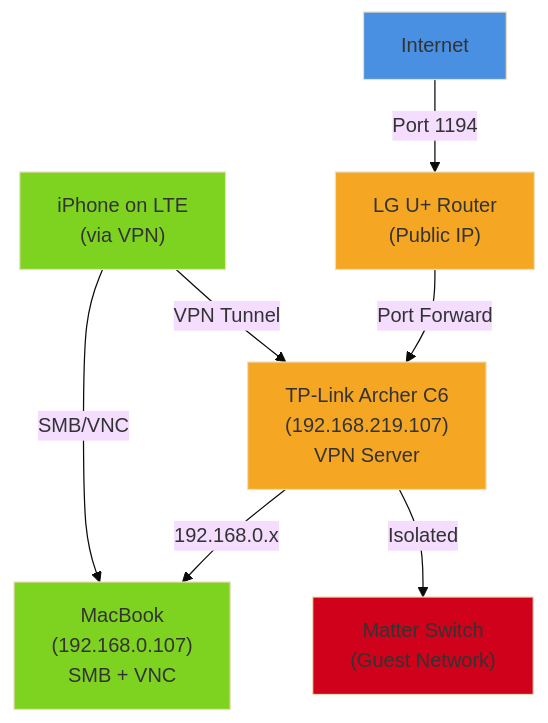
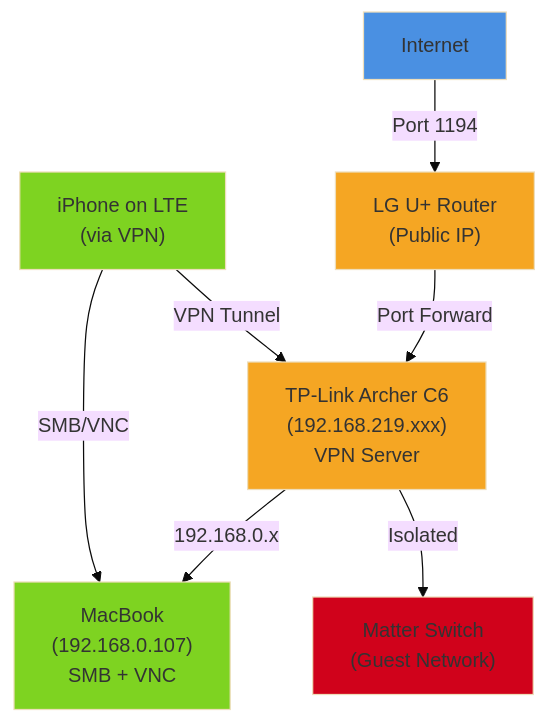
Before and after one commit to samcho0608/samcho0608.github.io: the diagram in content/tech/router-vpn-03.md, drawn with Mermaid (base theme). The commit also changed other lines of this file, not shown here.

First line of the commit message:
content: revise router-vpn-03 EN to reflect actual experience

````diff
--- a/content/tech/router-vpn-03.md
+++ b/content/tech/router-vpn-03.md
@@ -152,23 +156,23 @@
 ```mermaid
 graph TB
     A["Internet"]
     B["LG U+ Router<br/>(Public IP)"]
-    C["TP-Link Archer C6<br/>(192.168.219.107)<br/>VPN Server"]
+    C["TP-Link Archer C6<br/>(192.168.219.xxx)<br/>VPN Server"]
     D["MacBook<br/>(192.168.0.107)<br/>SMB + VNC"]
     E["iPhone on LTE<br/>(via VPN)"]
     F["Matter Switch<br/>(Guest Network)"]
 
     A -->|Port 1194| B
     B -->|Port Forward| C
     C -->|192.168.0.x| D
     C -->|Isolated| F
     E -->|VPN Tunnel| C
     E -->|SMB/VNC| D
 
     style A fill:#4a90e2
     style B fill:#f5a623
     style C fill:#f5a623
     style D fill:#7ed321
     style E fill:#7ed321
     style F fill:#d0021b
 ```
````
